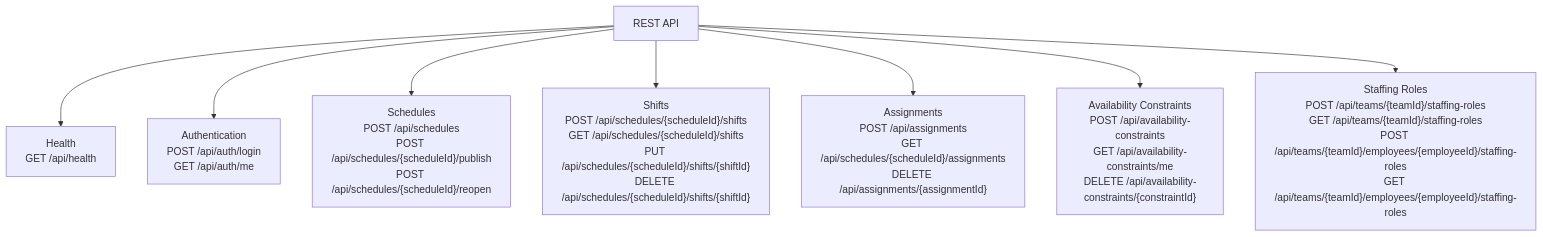
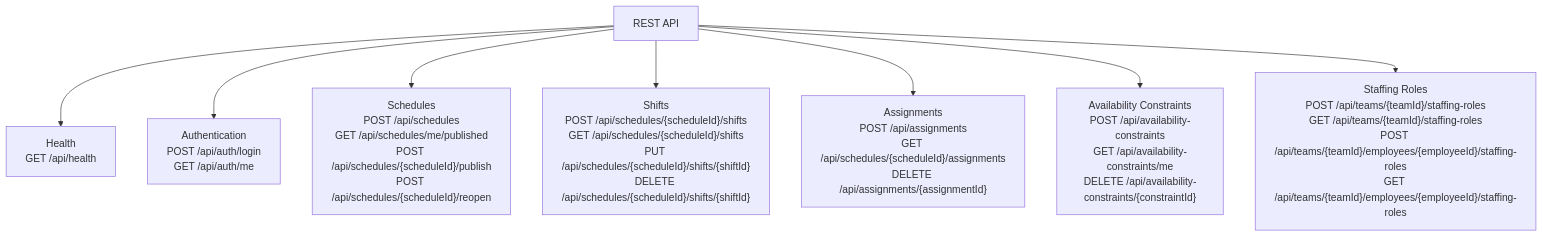
One commit to HiliMor/shift-management-system changed the fifth of 12 diagrams in docs/current-backend-architecture.md. Above: the diagram before and after it, drawn with Mermaid. The commit also changed other lines of this file and 7 other files, not shown here.

Commit message:
Add employee published schedule list

````diff
--- a/docs/current-backend-architecture.md
+++ b/docs/current-backend-architecture.md
@@ -201,20 +201,20 @@
 ```mermaid
 flowchart TD
     api["REST API"]
 
     healthApi["Health<br/>GET /api/health"]
     authApi["Authentication<br/>POST /api/auth/login<br/>GET /api/auth/me"]
-    schedulesApi["Schedules<br/>POST /api/schedules<br/>POST /api/schedules/{scheduleId}/publish<br/>POST /api/schedules/{scheduleId}/reopen"]
+    schedulesApi["Schedules<br/>POST /api/schedules<br/>GET /api/schedules/me/published<br/>POST /api/schedules/{scheduleId}/publish<br/>POST /api/schedules/{scheduleId}/reopen"]
     shiftsApi["Shifts<br/>POST /api/schedules/{scheduleId}/shifts<br/>GET /api/schedules/{scheduleId}/shifts<br/>PUT /api/schedules/{scheduleId}/shifts/{shiftId}<br/>DELETE /api/schedules/{scheduleId}/shifts/{shiftId}"]
     assignmentsApi["Assignments<br/>POST /api/assignments<br/>GET /api/schedules/{scheduleId}/assignments<br/>DELETE /api/assignments/{assignmentId}"]
     availabilityApi["Availability Constraints<br/>POST /api/availability-constraints<br/>GET /api/availability-constraints/me<br/>DELETE /api/availability-constraints/{constraintId}"]
     staffingApi["Staffing Roles<br/>POST /api/teams/{teamId}/staffing-roles<br/>GET /api/teams/{teamId}/staffing-roles<br/>POST /api/teams/{teamId}/employees/{employeeId}/staffing-roles<br/>GET /api/teams/{teamId}/employees/{employeeId}/staffing-roles"]
 
     api --> healthApi
     api --> authApi
     api --> schedulesApi
     api --> shiftsApi
     api --> assignmentsApi
     api --> availabilityApi
     api --> staffingApi
 ```
````
